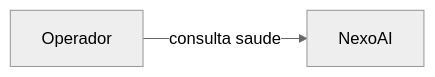
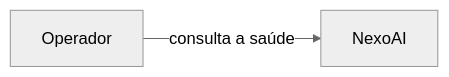
One commit to ricartefelipe/nexo-ai-knowledge changed the first of 3 diagrams in docs/architecture/c4.md. Above: the diagram before and after it, drawn with Mermaid (neutral theme). The commit also changed 6 other files, not shown here.

````diff
--- a/docs/architecture/c4.md
+++ b/docs/architecture/c4.md
@@ -9,6 +9,6 @@
 ```mermaid
 flowchart LR
   operator[Operador]
   nexo[NexoAI]
-  operator -->|"consulta saude"| nexo
+  operator -->|"consulta a saúde"| nexo
 ```
````
